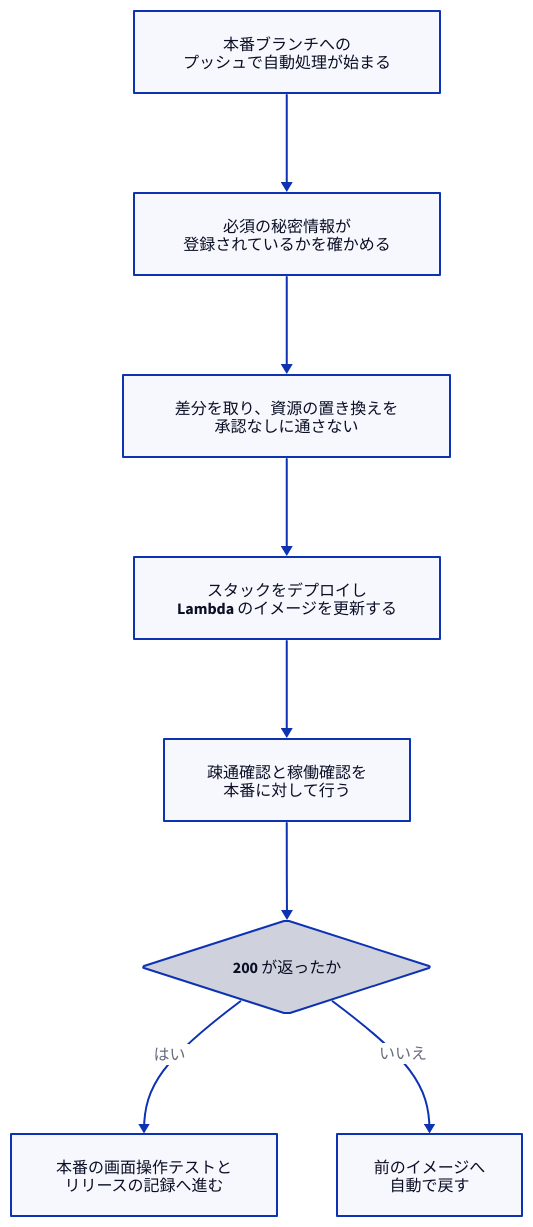
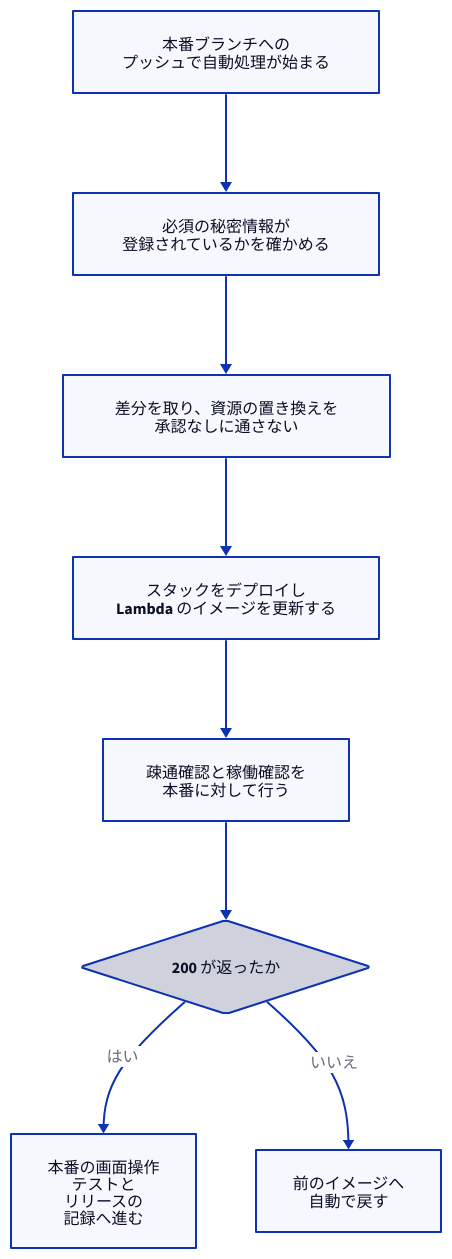
One commit to Takenori-Kusaka/publishing-hub changed the diagram in images/ganbari-quest-design/deploy-gates.d2. Above: the diagram before and after it, drawn with D2. The commit also changed 78 other files, not shown here.

First line of the commit message:
fix(diagrams): 自然幅が 480px を超えていた図 26 枚を縦に積んで描き直す

```diff
--- a/images/ganbari-quest-design/deploy-gates.d2
+++ b/images/ganbari-quest-design/deploy-gates.d2
@@ -1,25 +1,26 @@
 # デプロイの自動処理の流れ（正本: books/ganbari-quest-design/deploy-gates.md）
 # 一方向のフローなので layout は dagre（TALA は公式に「DAG は苦手」と明記）。
+# 自然幅を 480px 以下に収めるため、分岐の先の 2 つの箱は行を短く折る（幅 390px の電話でも 0.75 倍より縮まず、16px の文字が約 12px 以上で読める）。
 vars: {
   d2-config: {
     layout-engine: dagre
   }
 }
 direction: down
 
 P: "本番ブランチへの\nプッシュで自動処理が始まる"
 V: "必須の秘密情報が\n登録されているかを確かめる"
 R: "差分を取り、資源の置き換えを\n承認なしに通さない"
 D: "スタックをデプロイし\nLambda のイメージを更新する"
 S: "疎通確認と稼働確認を\n本番に対して行う"
 Q: "200 が返ったか" { shape: diamond }
-E: "本番の画面操作テストと\nリリースの記録へ進む"
+E: "本番の画面操作\nテストと\nリリースの\n記録へ進む"
 B: "前のイメージへ\n自動で戻す"
 
 P -> V
 V -> R
 R -> D
 D -> S
 S -> Q
 Q -> E: "はい"
 Q -> B: "いいえ"
```
